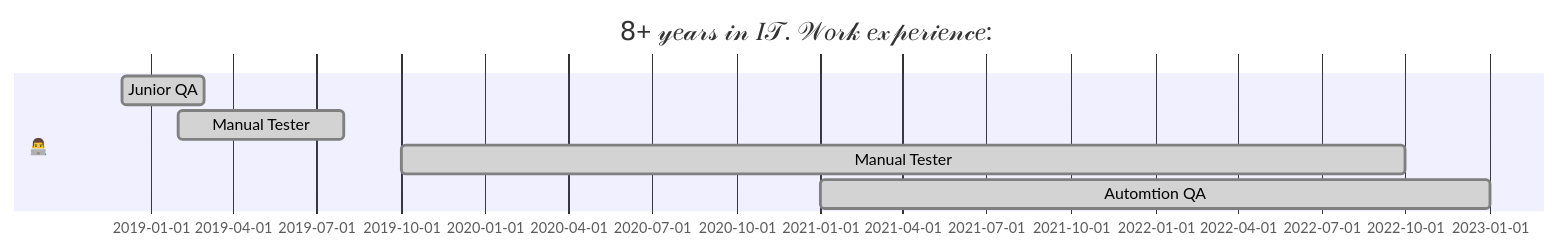
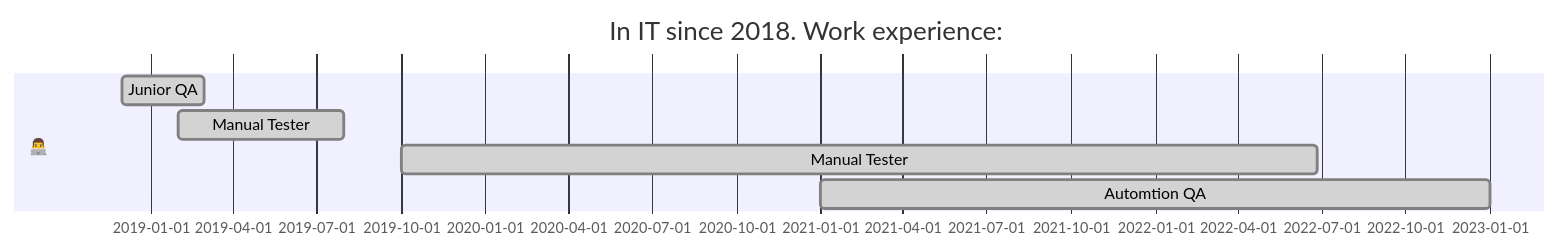
The diagram in README.md (olgakos/olgakos), drawn with Mermaid before and after one commit. The commit also changed other lines of this file, not shown here.

````diff
--- a/README.md
+++ b/README.md
@@ -162,10 +162,10 @@
 ```mermaid
   gantt 
-    title 𝟪+ 𝓎𝑒𝒶𝓇𝓈 𝒾𝓃 𝐼𝒯. 𝒲𝑜𝓇𝓀 𝑒𝓍𝓅𝑒𝓇𝒾𝑒𝓃𝒸𝑒:
+    title In IT since 2018. Work experience:
     dateFormat  YYYY-MM
     section 👨‍💻
     Junior QA         :done, 2018-12, 90d
     Manual Tester	  :done, 2019-02, 180d
-    Manual Tester     :done, 2019-10, 1095d
+    Manual Tester     :done, 2019-10, 1000d
     Automtion QA      :done, 2021-01, 730d
 ```
````
